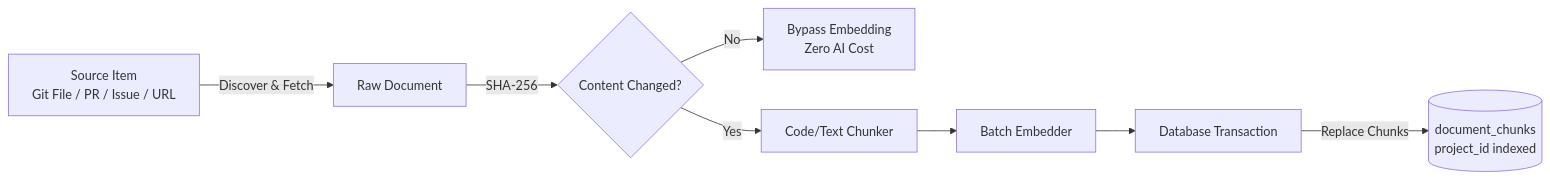
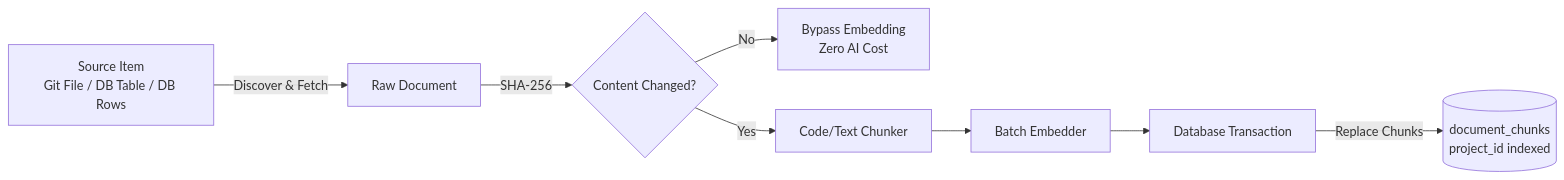
One commit to unknownjedi/contextforge changed the second of 4 diagrams in docs/architecture/diagrams.md. Above: the diagram before and after it, drawn with Mermaid. The commit also changed other lines of this file and 77 other files, not shown here.

````diff
--- a/docs/architecture/diagrams.md
+++ b/docs/architecture/diagrams.md
@@ -60,10 +60,10 @@
 ```mermaid
 flowchart LR
-    Source[Source Item\nGit File / PR / Issue / URL] -->|Discover & Fetch| RawDoc[Raw Document]
+    Source[Source Item\nGit File / DB Table / DB Rows] -->|Discover & Fetch| RawDoc[Raw Document]
     RawDoc -->|SHA-256| HashCheck{Content Changed?}
     HashCheck -- No --> Skip[Bypass Embedding\nZero AI Cost]
     HashCheck -- Yes --> Chunker[Code/Text Chunker]
     Chunker --> EmbedBatch[Batch Embedder]
     EmbedBatch --> StorageTx[Database Transaction]
     StorageTx -->|Replace Chunks| PgVector[(document_chunks\nproject_id indexed)]
 ```
````
